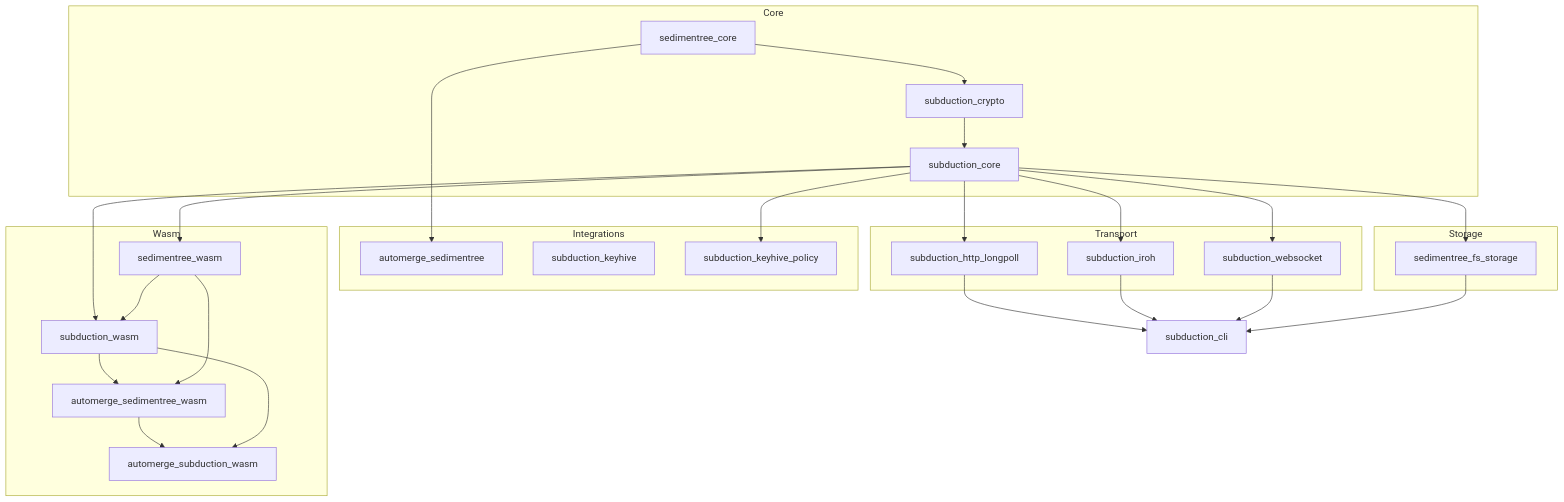
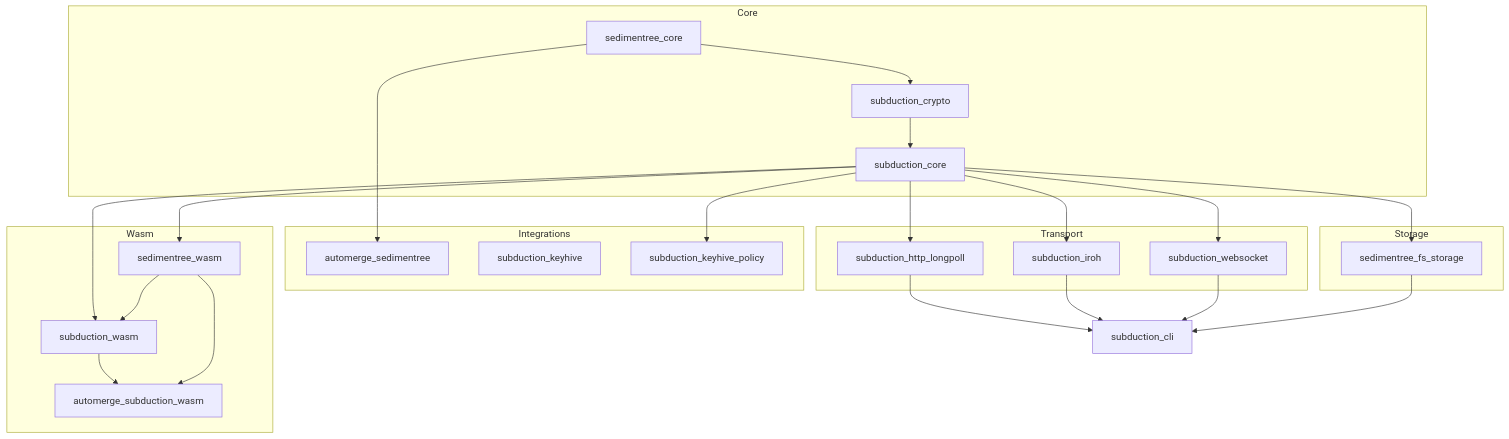
The diagram in README.md (inkandswitch/subduction), drawn with Mermaid before and after one commit. The commit also changed other lines of this file and 25 other files, not shown here.

````diff
--- a/README.md
+++ b/README.md
@@ -29,59 +29,55 @@
 ```mermaid
 graph TD
     subgraph Core
         sedimentree_core
         subduction_crypto
         subduction_core
     end
 
     subgraph Storage
         sedimentree_fs_storage
     end
 
     subgraph Transport
         subduction_http_longpoll
         subduction_iroh
         subduction_websocket
     end
 
     subgraph Integrations
         automerge_sedimentree
         subduction_keyhive
         subduction_keyhive_policy
     end
 
     subgraph Wasm
         sedimentree_wasm
         subduction_wasm
-        automerge_sedimentree_wasm
         automerge_subduction_wasm
     end
 
     subduction_cli
 
     sedimentree_core --> subduction_crypto
     subduction_crypto --> subduction_core
 
     sedimentree_core --> automerge_sedimentree
 
     subduction_core --> sedimentree_fs_storage
     subduction_core --> subduction_http_longpoll
     subduction_core --> subduction_iroh
     subduction_core --> subduction_websocket
     subduction_core --> subduction_keyhive_policy
 
     subduction_core --> sedimentree_wasm
     subduction_core --> subduction_wasm
     sedimentree_wasm --> subduction_wasm
 
-    subduction_wasm --> automerge_sedimentree_wasm
-    sedimentree_wasm --> automerge_sedimentree_wasm
-
-    automerge_sedimentree_wasm --> automerge_subduction_wasm
     subduction_wasm --> automerge_subduction_wasm
+    sedimentree_wasm --> automerge_subduction_wasm
 
     subduction_http_longpoll --> subduction_cli
     subduction_iroh --> subduction_cli
     subduction_websocket --> subduction_cli
     sedimentree_fs_storage --> subduction_cli
 ```
````
